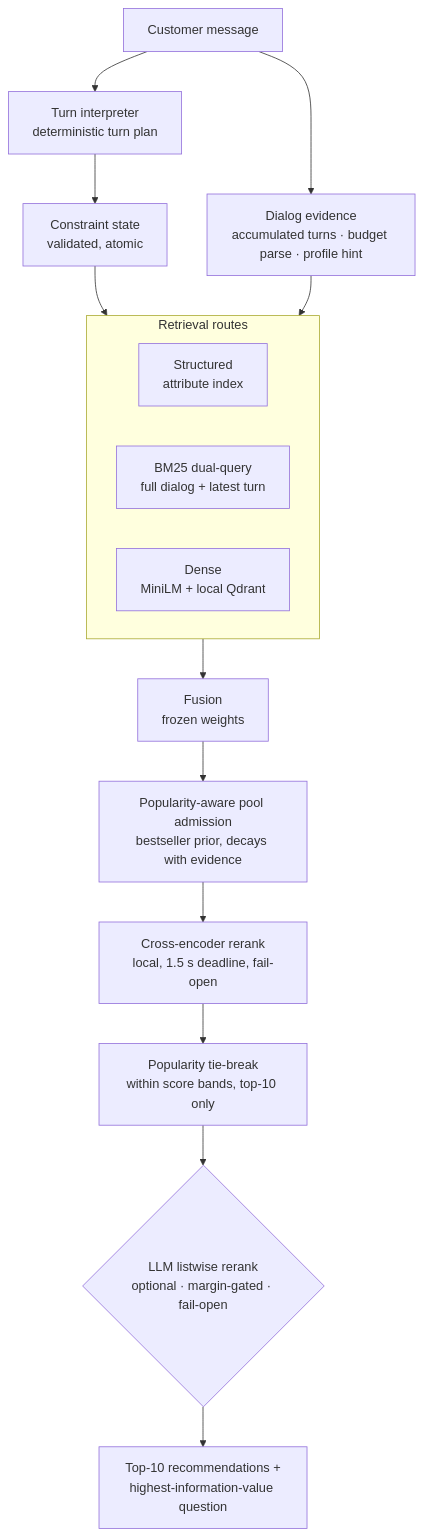
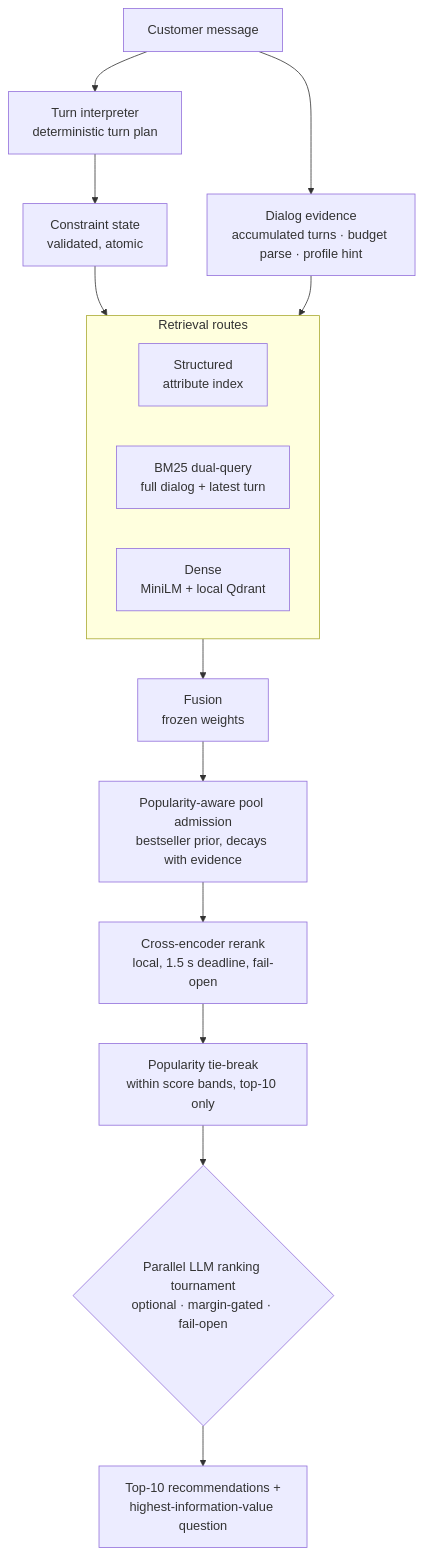
The diagram in README.md (Dharshan2004/beeline), drawn with Mermaid before and after one commit. The commit also changed other lines of this file and 9 other files, not shown here.

````diff
--- a/README.md
+++ b/README.md
@@ -61,19 +62,19 @@
 ```mermaid
 flowchart TD
     M[Customer message] --> TI[Turn interpreter<br/>deterministic turn plan]
     TI --> CS[Constraint state<br/>validated, atomic]
     M --> DE[Dialog evidence<br/>accumulated turns · budget parse · profile hint]
     CS --> R
     DE --> R
     subgraph R[Retrieval routes]
         S[Structured<br/>attribute index]
         B[BM25 dual-query<br/>full dialog + latest turn]
         D[Dense<br/>MiniLM + local Qdrant]
     end
     R --> F[Fusion<br/>frozen weights]
     F --> P[Popularity-aware pool admission<br/>bestseller prior, decays with evidence]
     P --> CE[Cross-encoder rerank<br/>local, 1.5 s deadline, fail-open]
     CE --> TB[Popularity tie-break<br/>within score bands, top-10 only]
-    TB --> L{LLM listwise rerank<br/>optional · margin-gated · fail-open}
+    TB --> L{Parallel LLM ranking tournament<br/>optional · margin-gated · fail-open}
     L --> O[Top-10 recommendations +<br/>highest-information-value question]
 ```
````
